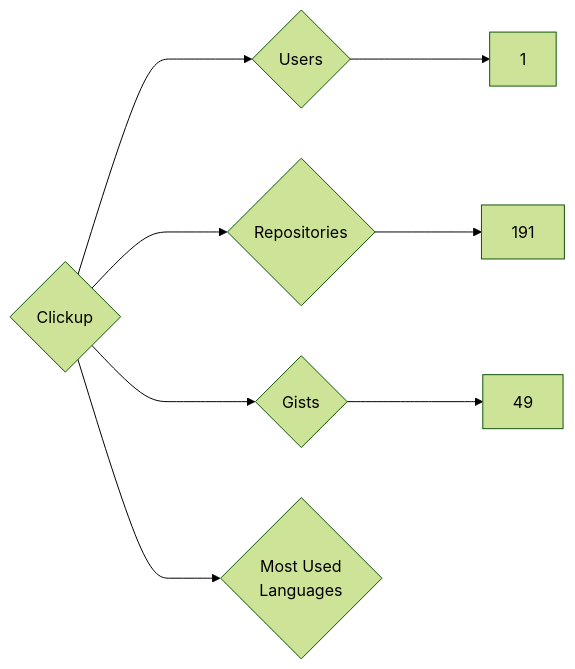
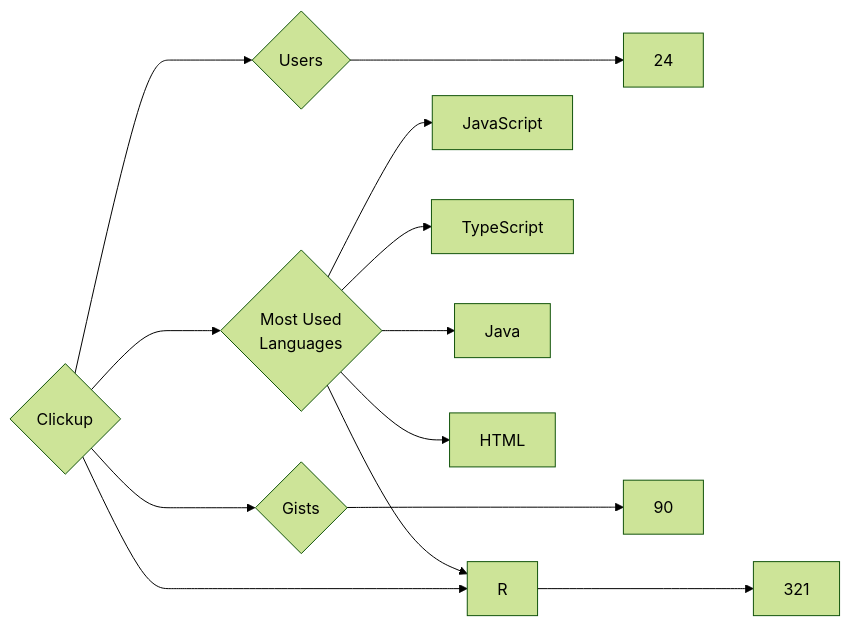
The diagram in targets/Clickup/README.md (trickest/insiders), drawn with Mermaid (forest theme) before and after one commit. The commit also changed 930 other files, not shown here.

````diff
--- a/targets/Clickup/README.md
+++ b/targets/Clickup/README.md
@@ -3,8 +3,13 @@
 ```mermaid
 graph LR
 COMPANY_NAME{Clickup}
-COMPANY_NAME ---> U{Users} ---> UN[1]
-COMPANY_NAME ---> R{Repositories} ---> RN[191]
-COMPANY_NAME ---> G{Gists} ---> GN[49]
+COMPANY_NAME ---> U{Users} ---> UN[24]
+COMPANY_NAME ---> R{Repositories} ---> RN[321]
+COMPANY_NAME ---> G{Gists} ---> GN[90]
 COMPANY_NAME ---> ML{Most Used<br>Languages}
+ML --> JavaScript[JavaScript]
+ML --> TypeScript[TypeScript]
+ML --> Java[Java]
+ML --> HTML[HTML]
+ML --> R[R]
 ```
````
